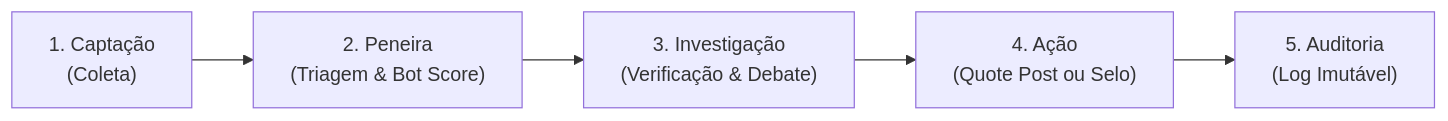
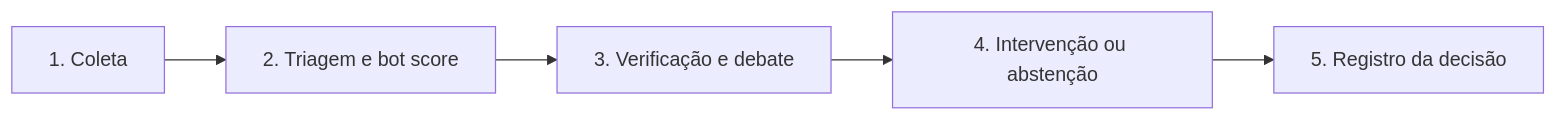
Before and after one commit to moonshinerd/ContrarIA: the diagram in docs/arquitetura/pipeline.md, drawn with Mermaid. The commit also changed other lines of this file and 5 other files, not shown here.

````diff
--- a/docs/arquitetura/pipeline.md
+++ b/docs/arquitetura/pipeline.md
@@ -13,7 +9,7 @@
 ```mermaid
 flowchart LR
-    A["1. Captação<br>(Coleta)"] --> B["2. Peneira<br>(Triagem & Bot Score)"]
-    B --> C["3. Investigação<br>(Verificação & Debate)"]
-    C --> D["4. Ação<br>(Quote Post ou Selo)"]
-    D --> E["5. Auditoria<br>(Log Imutável)"]
+    A["1. Coleta"] --> B["2. Triagem e bot score"]
+    B --> C["3. Verificação e debate"]
+    C --> D["4. Intervenção ou abstenção"]
+    D --> E["5. Registro da decisão"]
 ```
````
